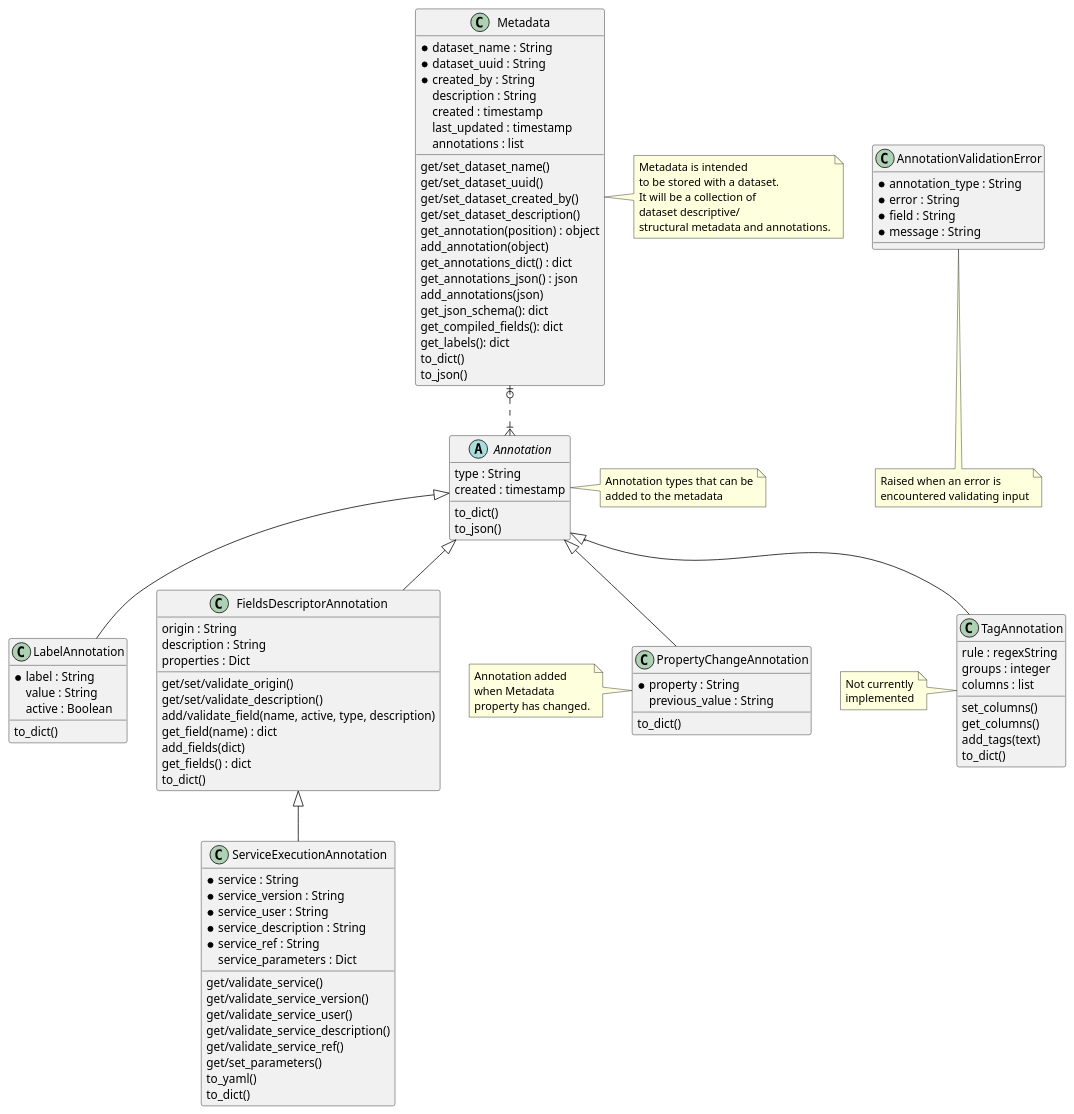
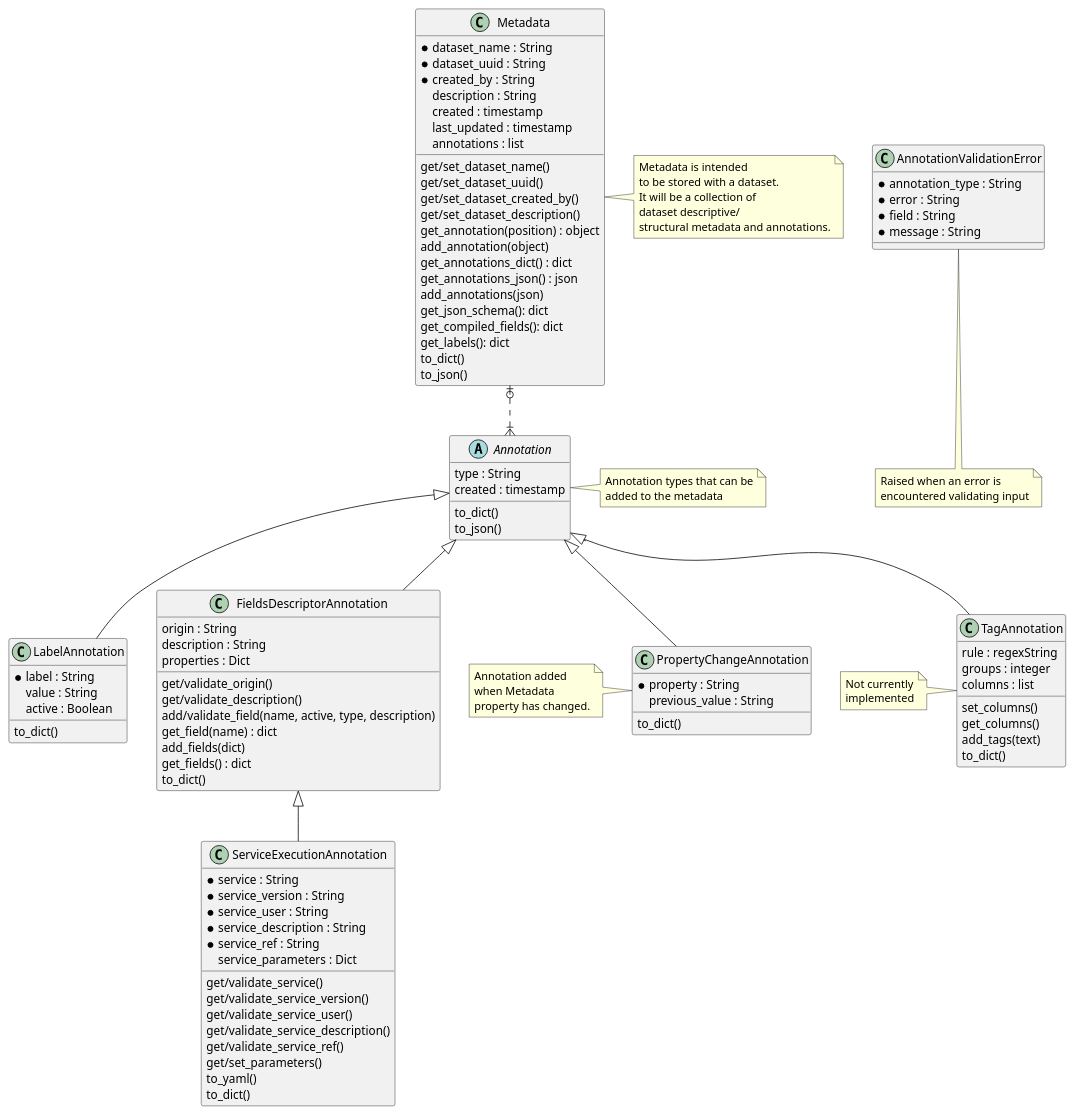
The diagram in docs/data-manager-metadata.puml (InformaticsMatters/squonk2-data-manager-metadata), drawn with PlantUML before and after one commit. The commit also changed 2 other files, not shown here.

Commit message:
Bug fixes for generating schema and active flag on FieldsDescriptor

```diff
--- a/docs/data-manager-metadata.puml
+++ b/docs/data-manager-metadata.puml
@@ -1,105 +1,105 @@
 @startuml
 class Metadata {
     *dataset_name : String
     *dataset_uuid : String
     *created_by : String
     description : String
     created : timestamp
     last_updated : timestamp
     annotations : list
     get/set_dataset_name()
     get/set_dataset_uuid()
     get/set_dataset_created_by()
     get/set_dataset_description()
     get_annotation(position) : object
     add_annotation(object)
     get_annotations_dict() : dict
     get_annotations_json() : json
     add_annotations(json)
     get_json_schema(): dict
     get_compiled_fields(): dict
     get_labels(): dict
     to_dict()
     to_json()
 }
 note right: Metadata is intended\nto be stored with a dataset.\nIt will be a collection of\ndataset descriptive/\nstructural metadata and annotations.
 
 abstract class Annotation {
     type : String
     created : timestamp
     to_dict()
     to_json()
 }
 note right: Annotation types that can be\nadded to the metadata
 
 class PropertyChangeAnnotation {
     *property : String
     previous_value : String
     to_dict()
 }
 note left: Annotation added\nwhen Metadata\nproperty has changed.
 
 class LabelAnnotation {
     *label : String
     value : String
     active : Boolean
     to_dict()
 }
 
 class TagAnnotation {
     rule : regexString
     groups : integer
     columns : list
     set_columns()
     get_columns()
     add_tags(text)
     to_dict()
 }
 note left: Not currently\nimplemented
 
 class FieldsDescriptorAnnotation {
     origin : String
     description : String
     properties : Dict
-    get/set/validate_origin()
-    get/set/validate_description()
+    get/validate_origin()
+    get/validate_description()
     add/validate_field(name, active, type, description)
     get_field(name) : dict
     add_fields(dict)
     get_fields() : dict
     to_dict()
 }
 
 class ServiceExecutionAnnotation {
     *service : String
     *service_version : String
     *service_user : String
     *service_description : String
     *service_ref : String
     service_parameters : Dict
     get/validate_service()
     get/validate_service_version()
     get/validate_service_user()
     get/validate_service_description()
     get/validate_service_ref()
     get/set_parameters()
     to_yaml()
     to_dict()
 }
 
 class AnnotationValidationError  {
     *annotation_type : String
     *error : String
     *field : String
     *message : String
 }
 note bottom: Raised when an error is\nencountered validating input
 
 
 Metadata  |o..|{   Annotation
 Annotation <|-- LabelAnnotation
 Annotation <|-- PropertyChangeAnnotation
 Annotation <|-- FieldsDescriptorAnnotation
 FieldsDescriptorAnnotation <|-- ServiceExecutionAnnotation
 Annotation <|-- TagAnnotation
 @enduml
```
